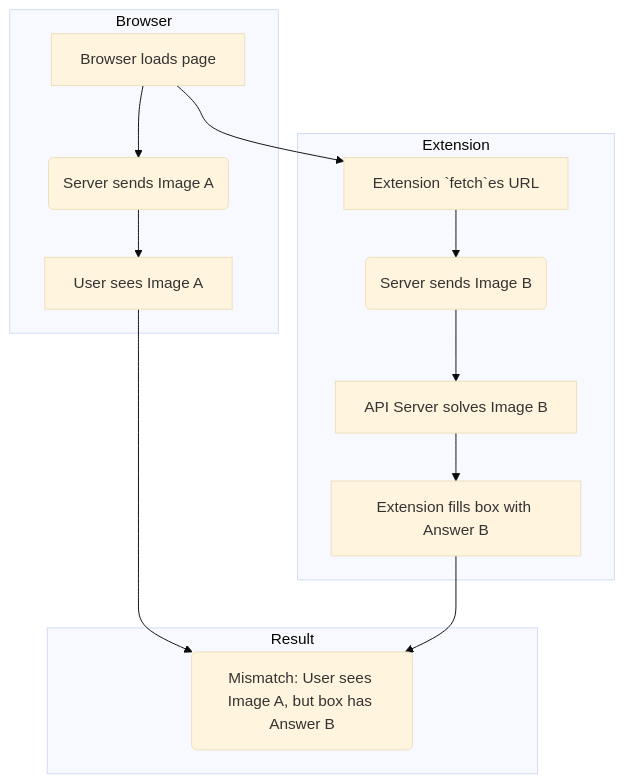
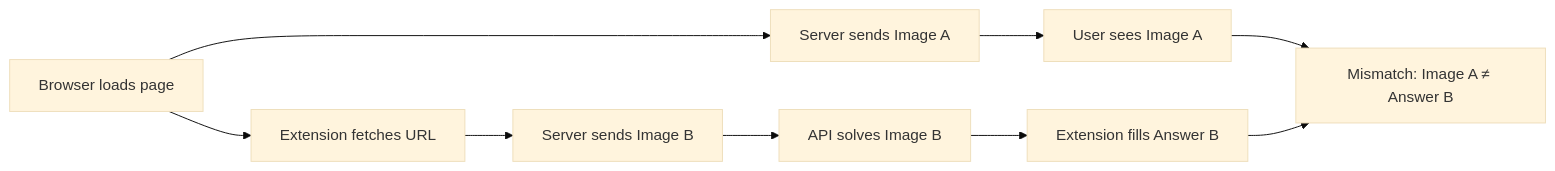
One commit to Prakash-Bandapalli/Captcha_Solver changed the first of 2 diagrams in README.md. Above: the diagram before and after it, drawn with Mermaid (base theme). The commit also changed other lines of this file, not shown here.

Commit message:
Revise README with updated flowcharts and explanations
Updated README to improve clarity on the captcha solving process and revised flowcharts for better visualization.

````diff
--- a/README.md
+++ b/README.md
@@ -35,23 +38,11 @@
 ```mermaid
-flowchart TD
-    subgraph Browser
-        A[Browser loads page] --> B(Server sends Image A);
-        C[User sees Image A];
-    end
-
-    subgraph Extension
-        D[Extension `fetch`es URL] --> E(Server sends Image B);
-        E --> F[API Server solves Image B];
-        F --> G[Extension fills box with Answer B];
-    end
-
-    A --> D;
-    B --> C;
-    
-    subgraph Result
-        H(Mismatch: User sees Image A, but box has Answer B);
-    end
-
-    C --> H;
-    G --> H;
+flowchart LR
+    A[Browser loads page] --> B[Server sends Image A]
+    B --> C[User sees Image A]
+    A --> D[Extension fetches URL]
+    D --> E[Server sends Image B]
+    E --> F[API solves Image B]
+    F --> G[Extension fills Answer B]
+    C --> H[Mismatch: Image A ≠ Answer B]
+    G --> H
 ```
````
